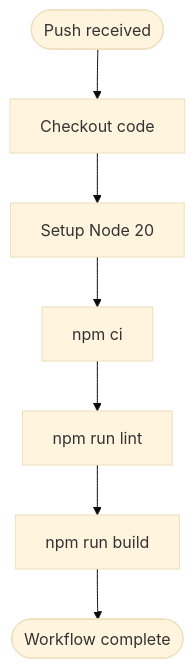
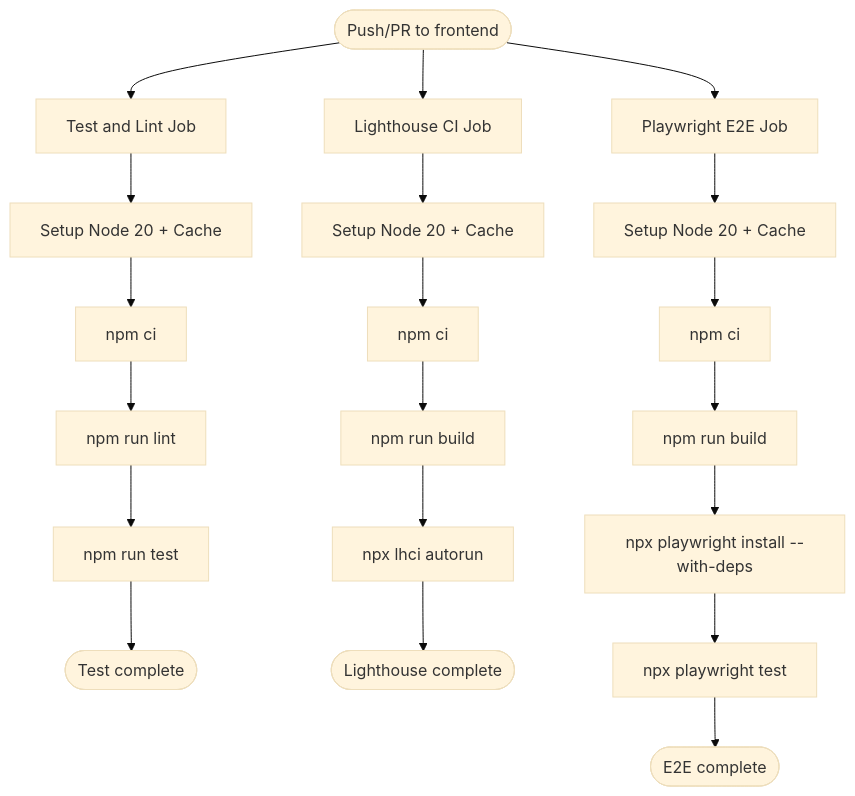
Before and after one commit to rohitkumarnaidu/-Auto-AI-Automated-Academic-Docx-Manuscript-Formatter: the fourth of 9 diagrams in .qoder/repowiki/en/content/Deployment & Operations/CI_CD Pipeline.md, drawn with Mermaid (base theme). The commit also changed other lines of this file and 6 other files, not shown here.

````diff
--- a/.qoder/repowiki/en/content/Deployment & Operations/CI_CD Pipeline.md
+++ b/.qoder/repowiki/en/content/Deployment & Operations/CI_CD Pipeline.md
@@ -208,9 +253,22 @@
 ```mermaid
 flowchart TD
-Start(["Push received"]) --> Checkout["Checkout code"]
-Checkout --> SetupNode["Setup Node 20"]
+Start(["Push/PR to frontend"]) --> TestJob["Test and Lint Job"]
+Start --> LighthouseJob["Lighthouse CI Job"]
+Start --> E2EJob["Playwright E2E Job"]
+TestJob --> SetupNode["Setup Node 20 + Cache"]
 SetupNode --> InstallDeps["npm ci"]
 InstallDeps --> Lint["npm run lint"]
-Lint --> Build["npm run build"]
-Build --> End(["Workflow complete"])
+Lint --> Test["npm run test"]
+Test --> End(["Test complete"])
+LighthouseJob --> SetupNode2["Setup Node 20 + Cache"]
+SetupNode2 --> InstallDeps2["npm ci"]
+InstallDeps2 --> Build["npm run build"]
+Build --> LHCI["npx lhci autorun"]
+LHCI --> End2(["Lighthouse complete"])
+E2EJob --> SetupNode3["Setup Node 20 + Cache"]
+SetupNode3 --> InstallDeps3["npm ci"]
+InstallDeps3 --> Build2["npm run build"]
+Build2 --> PWInstall["npx playwright install --with-deps"]
+PWInstall --> PWTest["npx playwright test"]
+PWTest --> End3(["E2E complete"])
 ```
````
